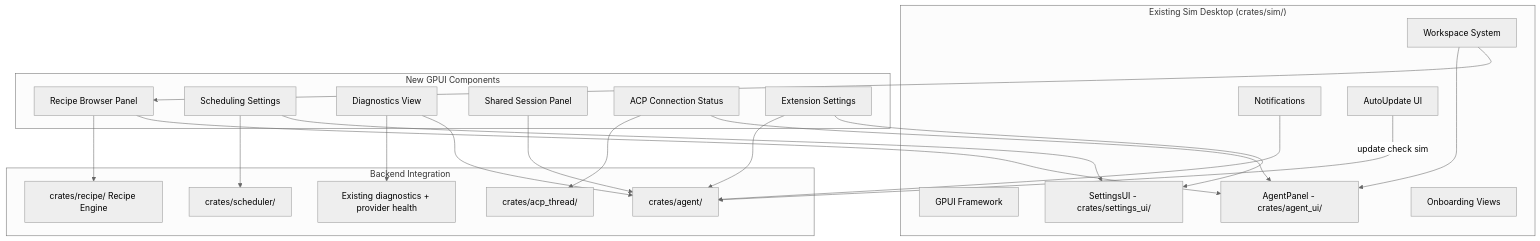
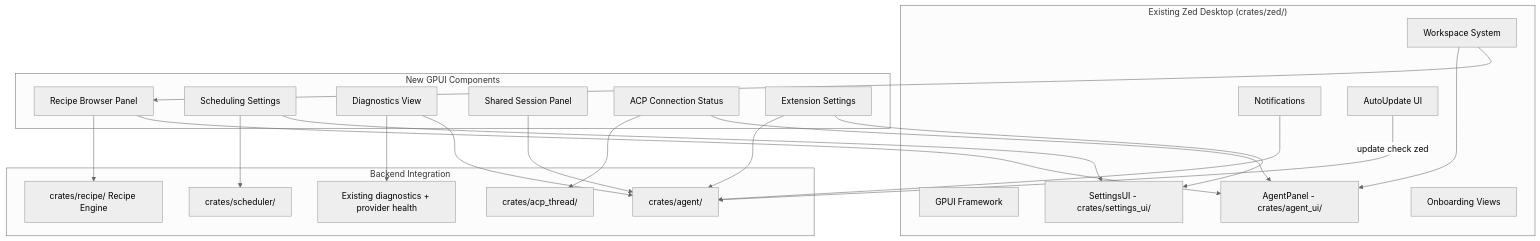
The diagram in .agents/specs/goose-migration/desktop-ui/design.md (imagineerings/xor), drawn with Mermaid (neutral theme) before and after one commit. The commit also changed other lines of this file and 2547 other files, not shown here.

````diff
--- a/.agents/specs/goose-migration/desktop-ui/design.md
+++ b/.agents/specs/goose-migration/desktop-ui/design.md
@@ -16,46 +16,46 @@
 ```mermaid
 graph TD
-    subgraph "Existing Sim Desktop (crates/sim/)"
+    subgraph "Existing Zed Desktop (crates/zed/)"
         GPUI[GPUI Framework]
         Workspace[Workspace System]
         AgentPanel[AgentPanel - crates/agent_ui/]
         SettingsUI[SettingsUI - crates/settings_ui/]
         Notifications[Notifications]
         AutoUpdateUI[AutoUpdate UI]
         Onboarding[Onboarding Views]
     end
 
     subgraph "New GPUI Components"
         RecipeUI[Recipe Browser Panel]
         ScheduleUI[Scheduling Settings]
         DiagView[Diagnostics View]
         SharedSesh[Shared Session Panel]
         ConnStatus[ACP Connection Status]
         ExtSettings[Extension Settings]
     end
 
     subgraph "Backend Integration"
         Agent[crates/agent/]
         Service[crates/recipe/ Recipe Engine]
         Sched[crates/scheduler/]
         Doctor[Existing diagnostics + provider health]
         ACP[crates/acp_thread/]
     end
 
     RecipeUI --> Service
     RecipeUI --> AgentPanel
     ScheduleUI --> Sched
     ScheduleUI --> SettingsUI
     DiagView --> Doctor
     DiagView --> Agent
     SharedSesh --> Agent
     ConnStatus --> ACP
     ConnStatus --> AgentPanel
     ExtSettings --> Agent
     ExtSettings --> SettingsUI
 
     Workspace --> AgentPanel
     Workspace --> RecipeUI
     Notifications --> Agent
-    AutoUpdateUI -->|update check sim| Agent
+    AutoUpdateUI -->|update check zed| Agent
 ```
````
